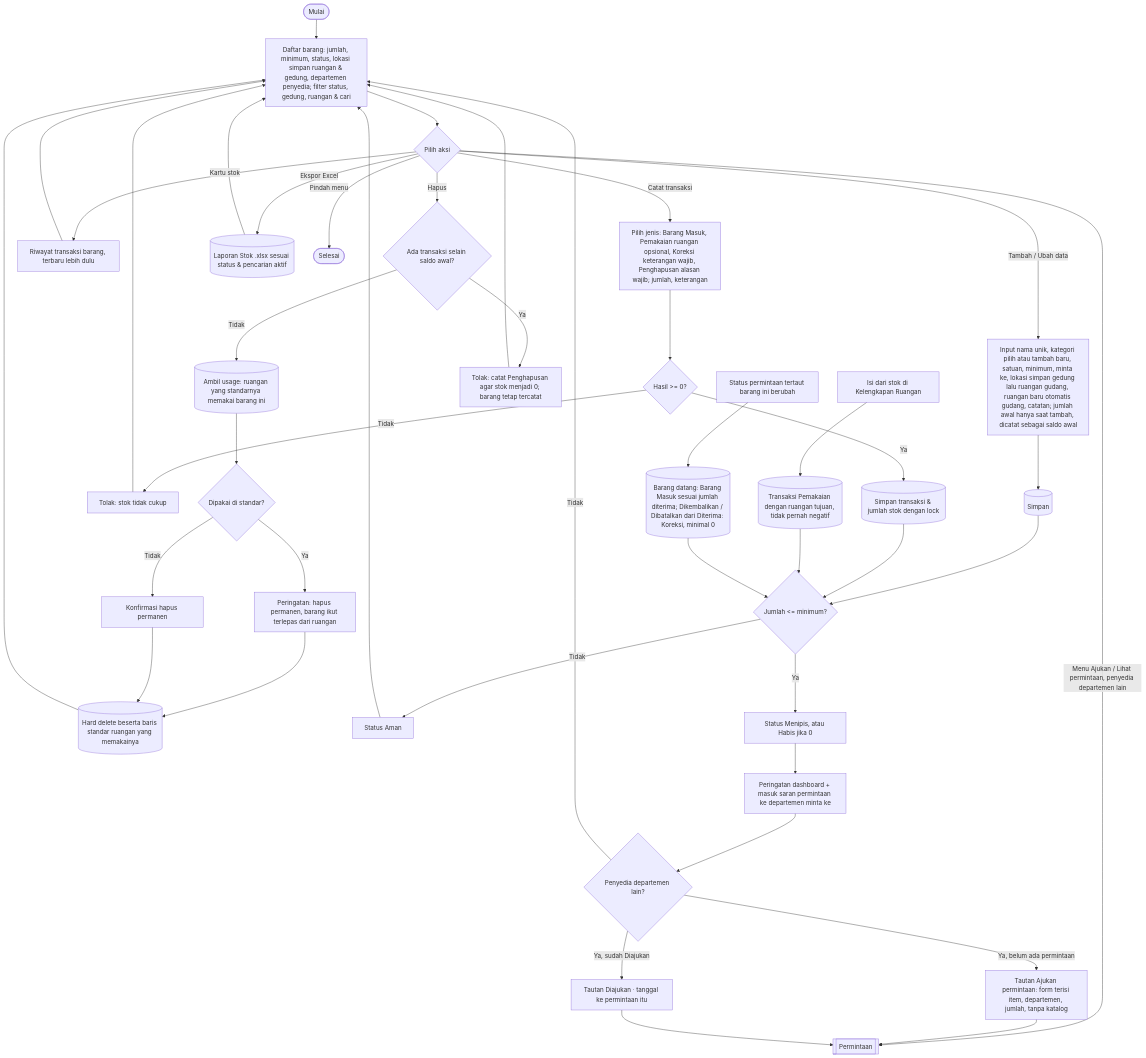
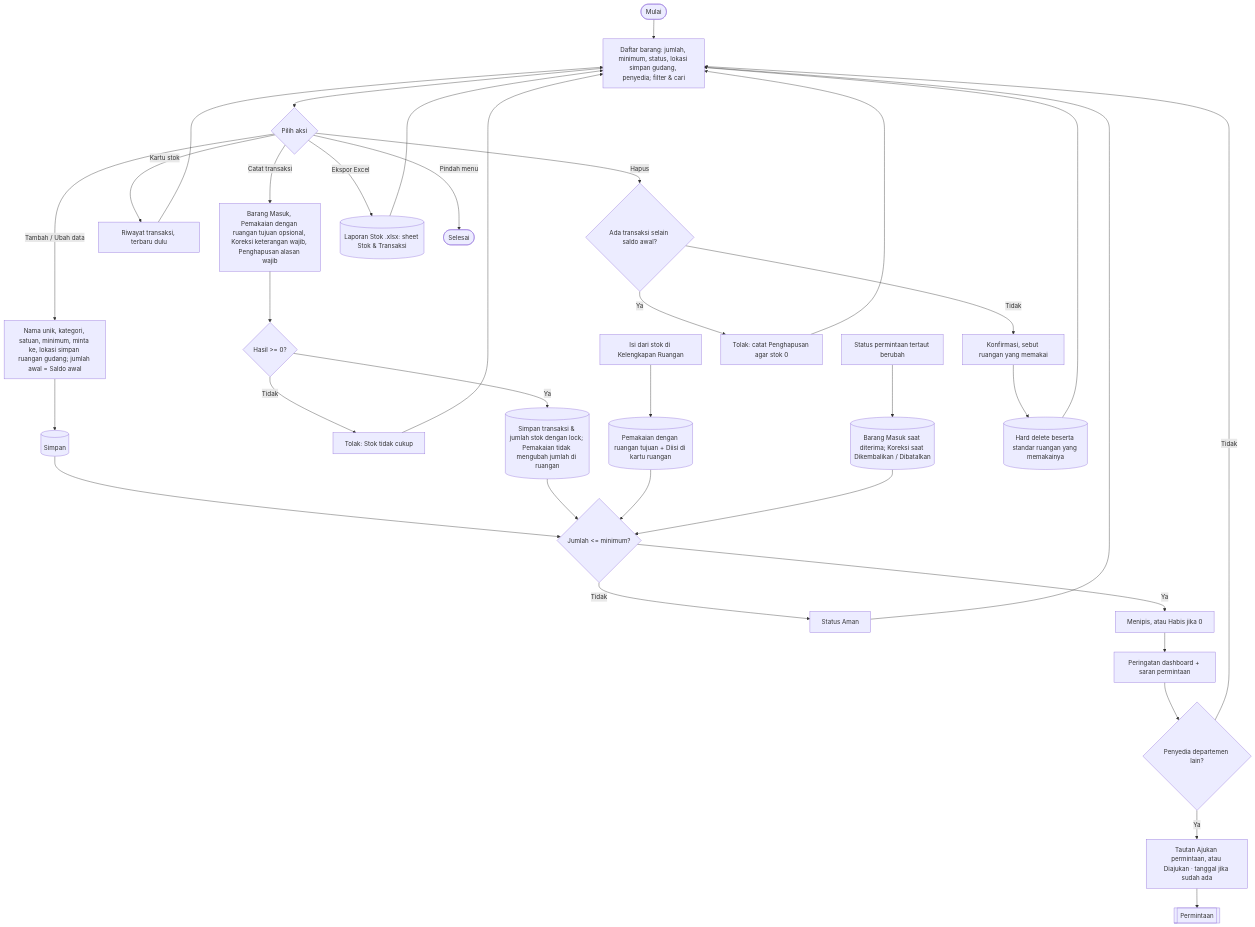
One commit to mrizqihidayat/system-tracking-asset changed the eighth of 9 diagrams in docs/flowchart.md. Above: the diagram before and after it, drawn with Mermaid. The commit also changed other lines of this file and 3 other files, not shown here.

Commit message:
Tambah test case manual dan flowchart draw.io yang dibuat dari flowchart.md

````diff
--- a/docs/flowchart.md
+++ b/docs/flowchart.md
@@ -290,37 +223,23 @@
 ```mermaid
 flowchart TD
-    A([Mulai]) --> B[Daftar barang: jumlah, minimum, status, lokasi simpan ruangan & gedung, departemen penyedia; filter status, gedung, ruangan & cari]
+    A([Mulai]) --> B[Daftar barang: jumlah, minimum, status, lokasi simpan gudang, penyedia; filter & cari]
     B --> C{Pilih aksi}
-
-    C -- Tambah / Ubah data --> T1[Input nama unik, kategori pilih atau tambah baru, satuan, minimum, minta ke, lokasi simpan gedung lalu ruangan gudang, ruangan baru otomatis gudang, catatan; jumlah awal hanya saat tambah, dicatat sebagai saldo awal] --> T2[(Simpan)] --> CEK
-
-    C -- Catat transaksi --> J0[Pilih jenis: Barang Masuk, Pemakaian ruangan opsional, Koreksi keterangan wajib, Penghapusan alasan wajib; jumlah, keterangan]
+    C -- Tambah / Ubah data --> T1[Nama unik, kategori, satuan, minimum, minta ke, lokasi simpan ruangan gudang; jumlah awal = Saldo awal] --> T2[(Simpan)] --> CEK
+    C -- Catat transaksi --> J0[Barang Masuk, Pemakaian dengan ruangan tujuan opsional, Koreksi keterangan wajib, Penghapusan alasan wajib]
     J0 --> J3{Hasil >= 0?}
-    J3 -- Tidak --> J4[Tolak: stok tidak cukup] --> B
-    J3 -- Ya --> J5[(Simpan transaksi & jumlah stok dengan lock)] --> CEK
-
-    C -- Kartu stok --> KS[Riwayat transaksi barang, terbaru lebih dulu] --> B
-
-    R0[Isi dari stok di Kelengkapan Ruangan] --> R1[(Transaksi Pemakaian dengan ruangan tujuan, tidak pernah negatif)] --> CEK
-    R2[Status permintaan tertaut barang ini berubah] --> R3[(Barang datang: Barang Masuk sesuai jumlah diterima; Dikembalikan / Dibatalkan dari Diterima: Koreksi, minimal 0)] --> CEK
-
+    J3 -- Tidak --> J4[Tolak: Stok tidak cukup] --> B
+    J3 -- Ya --> J5[(Simpan transaksi & jumlah stok dengan lock; Pemakaian tidak mengubah jumlah di ruangan)] --> CEK
+    C -- Kartu stok --> KS[Riwayat transaksi, terbaru dulu] --> B
+    R0[Isi dari stok di Kelengkapan Ruangan] --> R1[(Pemakaian dengan ruangan tujuan + Diisi di kartu ruangan)] --> CEK
+    R2[Status permintaan tertaut berubah] --> R3[(Barang Masuk saat diterima; Koreksi saat Dikembalikan / Dibatalkan)] --> CEK
     C -- Hapus --> H00{Ada transaksi selain saldo awal?}
-    H00 -- Ya --> H01[Tolak: catat Penghapusan agar stok menjadi 0; barang tetap tercatat] --> B
-    H00 -- Tidak --> H0[(Ambil usage: ruangan yang standarnya memakai barang ini)]
-    H0 --> H1{Dipakai di standar?}
-    H1 -- Ya --> H2[Peringatan: hapus permanen, barang ikut terlepas dari ruangan]
-    H1 -- Tidak --> H3[Konfirmasi hapus permanen]
-    H2 & H3 --> H4[(Hard delete beserta baris standar ruangan yang memakainya)] --> B
-
-    C -- Menu Ajukan / Lihat permintaan, penyedia departemen lain --> S6a[[Permintaan]]
-
-    C -- Ekspor Excel --> X1[(Laporan Stok .xlsx sesuai status & pencarian aktif)] --> B
+    H00 -- Ya --> H01[Tolak: catat Penghapusan agar stok 0] --> B
+    H00 -- Tidak --> H2[Konfirmasi, sebut ruangan yang memakai] --> H4[(Hard delete beserta standar ruangan yang memakainya)] --> B
+    C -- Ekspor Excel --> X1[(Laporan Stok .xlsx: sheet Stok & Transaksi)] --> B
     C -- Pindah menu --> Z([Selesai])
-
     CEK{Jumlah <= minimum?}
     CEK -- Tidak --> S1[Status Aman] --> B
-    CEK -- Ya --> S2[Status Menipis, atau Habis jika 0] --> S3[Peringatan dashboard + masuk saran permintaan ke departemen minta ke] --> S4{Penyedia departemen lain?}
+    CEK -- Ya --> S2[Menipis, atau Habis jika 0] --> S3[Peringatan dashboard + saran permintaan] --> S4{Penyedia departemen lain?}
     S4 -- Tidak --> B
-    S4 -- Ya, belum ada permintaan --> S5a[Tautan Ajukan permintaan: form terisi item, departemen, jumlah, tanpa katalog] --> S6a
-    S4 -- Ya, sudah Diajukan --> S7a[Tautan Diajukan · tanggal ke permintaan itu] --> S6a
+    S4 -- Ya --> S5[Tautan Ajukan permintaan, atau Diajukan · tanggal jika sudah ada] --> S6[[Permintaan]]
 ```
````
